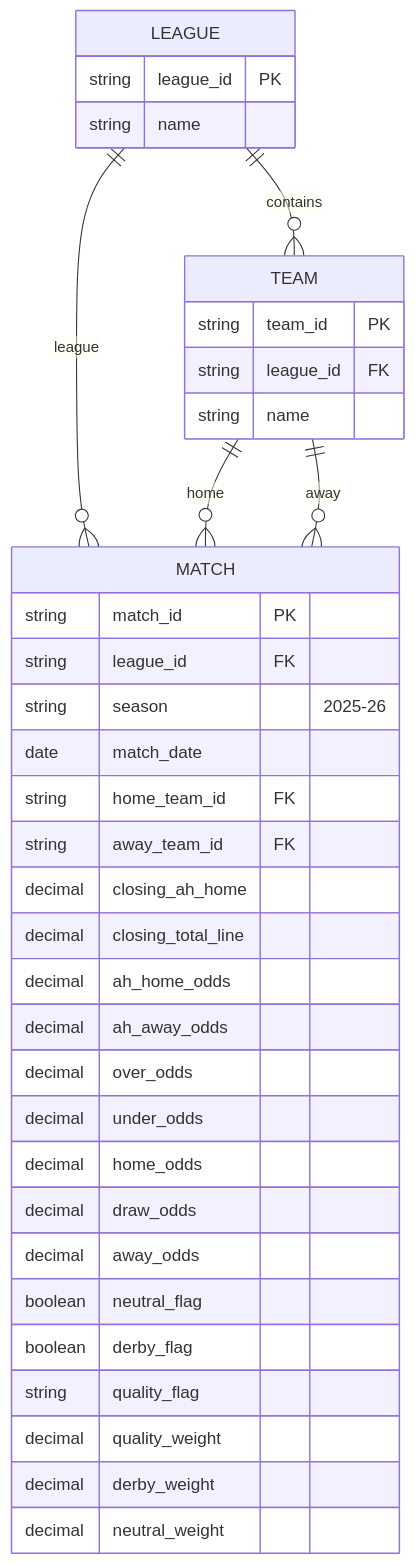
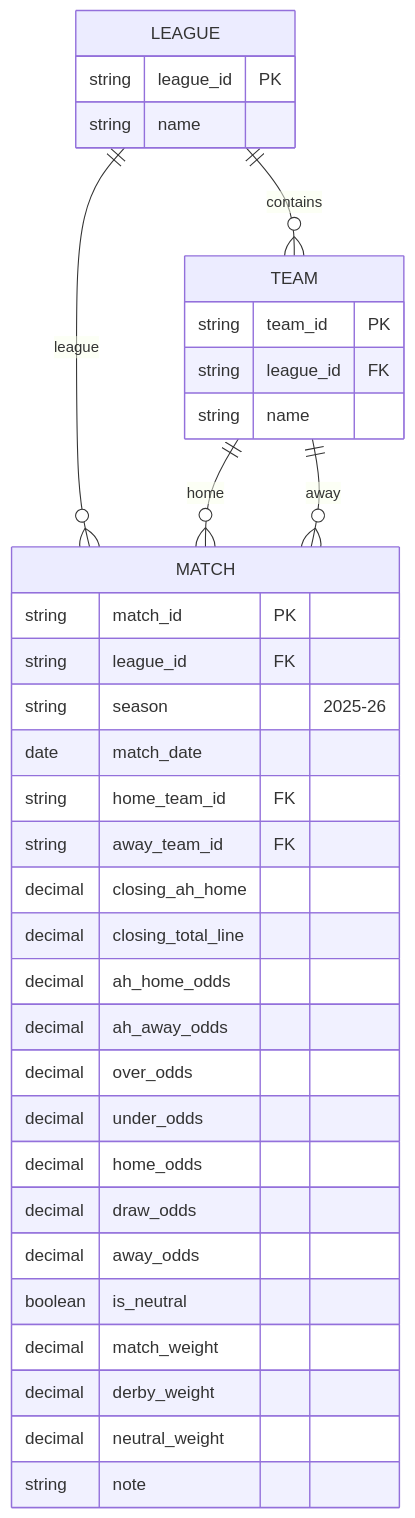
The second of 4 diagrams in docs/db-er-closing-lines.md (anka-khvalina/calc_money), drawn with Mermaid before and after one commit. The commit also changed other lines of this file, not shown here.

Commit message:
docs: убрать избыточные флаги из ER-схемы — только веса + is_neutral

````diff
--- a/docs/db-er-closing-lines.md
+++ b/docs/db-er-closing-lines.md
@@ -194,40 +196,39 @@
 ```mermaid
 erDiagram
     LEAGUE ||--o{ TEAM : contains
     LEAGUE ||--o{ MATCH : league
     TEAM ||--o{ MATCH : home
     TEAM ||--o{ MATCH : away
 
     LEAGUE {
         string league_id PK
         string name
     }
     TEAM {
         string team_id PK
         string league_id FK
         string name
     }
     MATCH {
         string match_id PK
         string league_id FK
         string season "2025-26"
         date match_date
         string home_team_id FK
         string away_team_id FK
         decimal closing_ah_home
         decimal closing_total_line
         decimal ah_home_odds
         decimal ah_away_odds
         decimal over_odds
         decimal under_odds
         decimal home_odds
         decimal draw_odds
         decimal away_odds
-        boolean neutral_flag
-        boolean derby_flag
-        string quality_flag
-        decimal quality_weight
+        boolean is_neutral
+        decimal match_weight
         decimal derby_weight
         decimal neutral_weight
+        string note
     }
 ```
````
